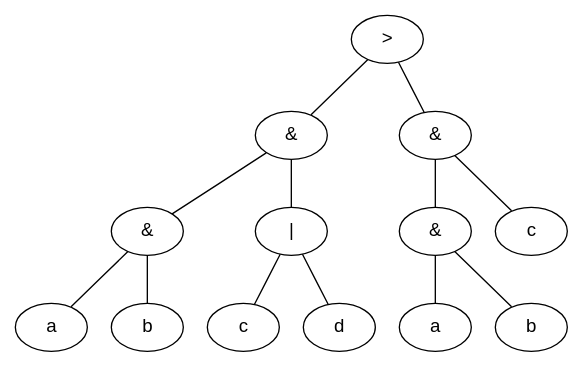
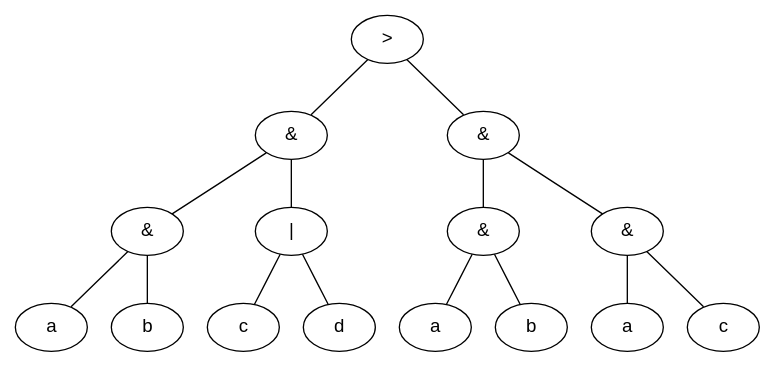
Before and after one commit to LoTuSw0w/LogicApplicationProject: the diagram in LogicApplication/bin/Debug/log.dot, drawn with Graphviz. The commit also changed 13 other files, not shown here.

Commit message:
major fix for graph generating function + updated UI

```diff
--- a/LogicApplication/bin/Debug/log.dot
+++ b/LogicApplication/bin/Debug/log.dot
@@ -1,30 +1,34 @@
 graph logic {
   node [ fontname = "Arial" ]
   node1 [label = ">"]
   node1 -- node2
   node1 -- node3
   node1 [label = ">"]
   node2 -- node4
   node2 -- node5
   node2 [label = "&"]
   node4 -- node8
   node4 -- node9
   node4 [label = "&"]
   node8 [label = "a"]
   node9 [label = "b"]
   node5 -- node10
   node5 -- node11
   node5 [label = "|"]
   node10 [label = "c"]
   node11 [label = "d"]
   node3 -- node6
   node3 -- node7
   node3 [label = "&"]
   node6 -- node12
   node6 -- node13
   node6 [label = "&"]
   node12 [label = "a"]
   node13 [label = "b"]
-  node7 [label = "c"]
+  node7 -- node14
+  node7 -- node15
+  node7 [label = "&"]
+  node14 [label = "a"]
+  node15 [label = "c"]
 
 }
```
